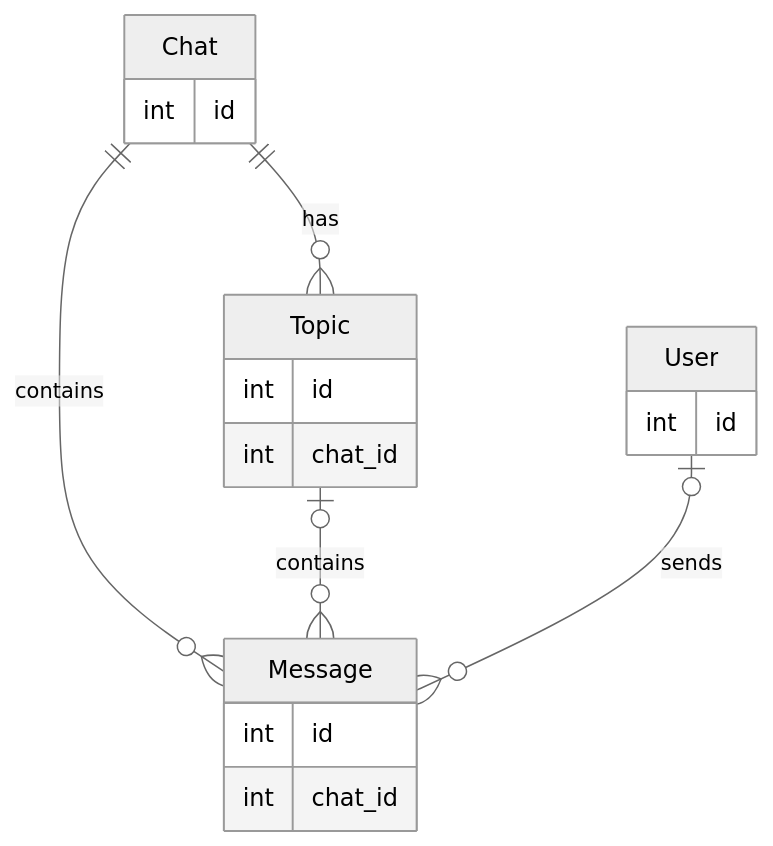
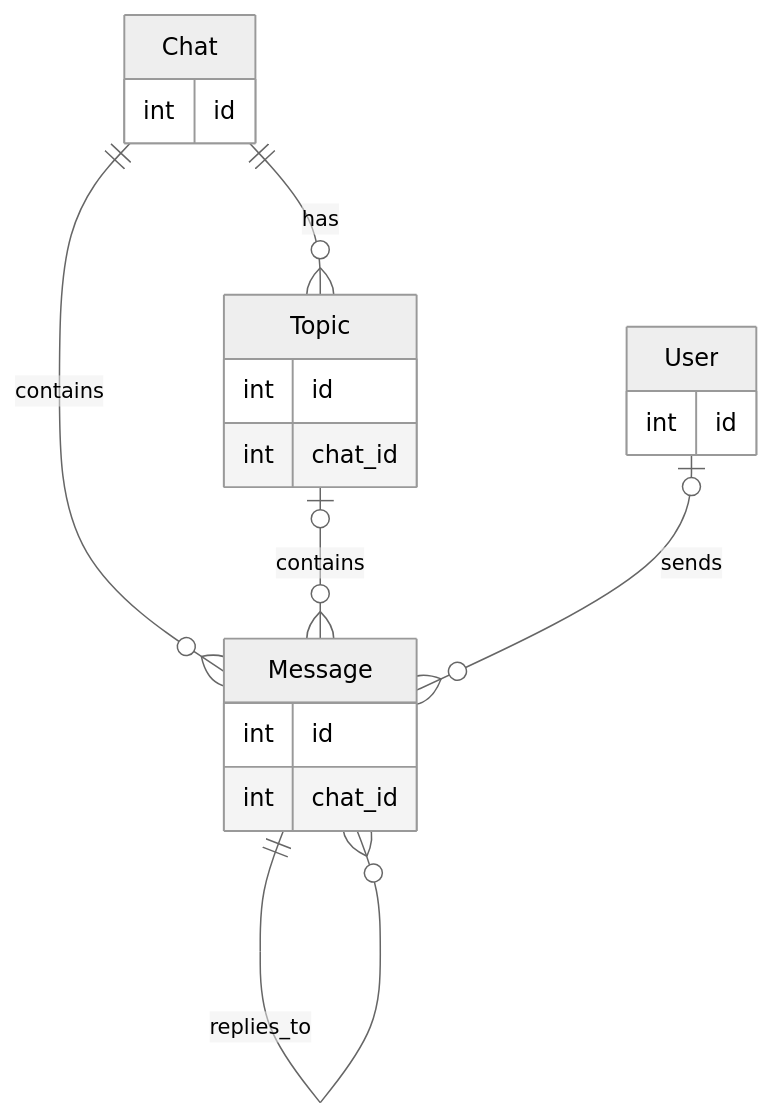
The diagram in README.md (mohdfareed/chatgpt-bot), drawn with Mermaid (neutral theme) before and after one commit. The commit also changed 3 other files, not shown here.

````diff
--- a/README.md
+++ b/README.md
@@ -58,21 +58,22 @@
 ```mermaid
 erDiagram
     Chat ||--o{ Message : contains
     Topic |o--o{ Message : contains
     Chat ||--o{ Topic : has
     User |o--o{ Message : sends
+    Message ||--o{ Message : replies_to
     Chat {
         int id
     }
     Topic {
         int id
         int chat_id
     }
     User {
         int id
     }
     Message {
         int id
         int chat_id
     }
 ```
````
